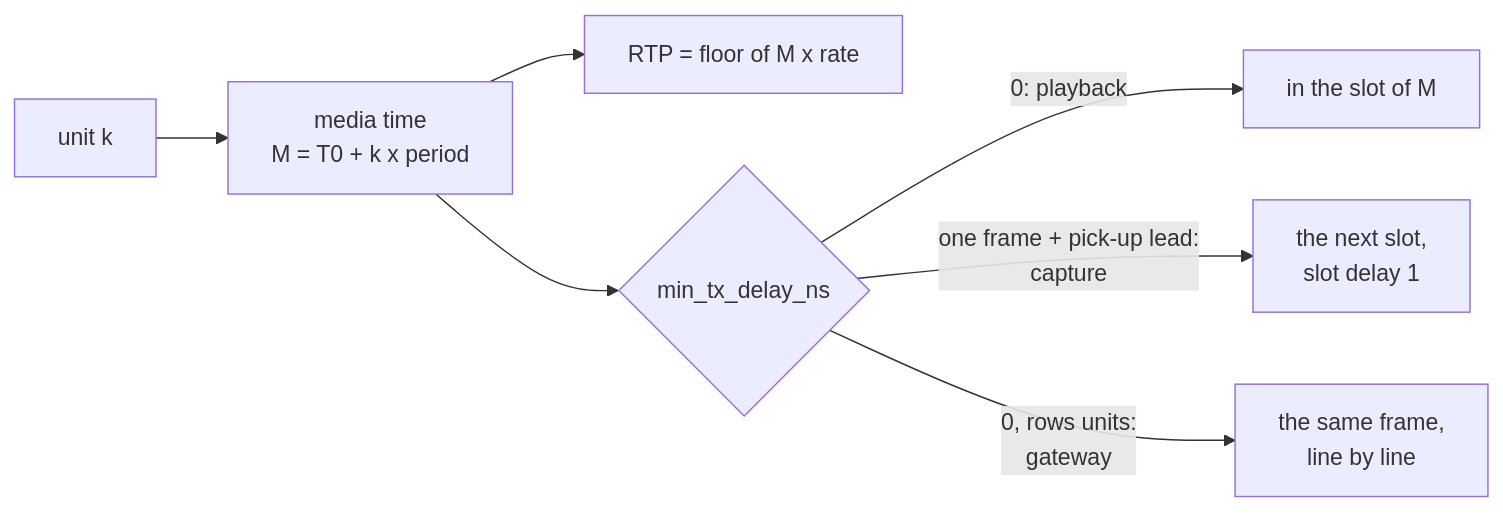
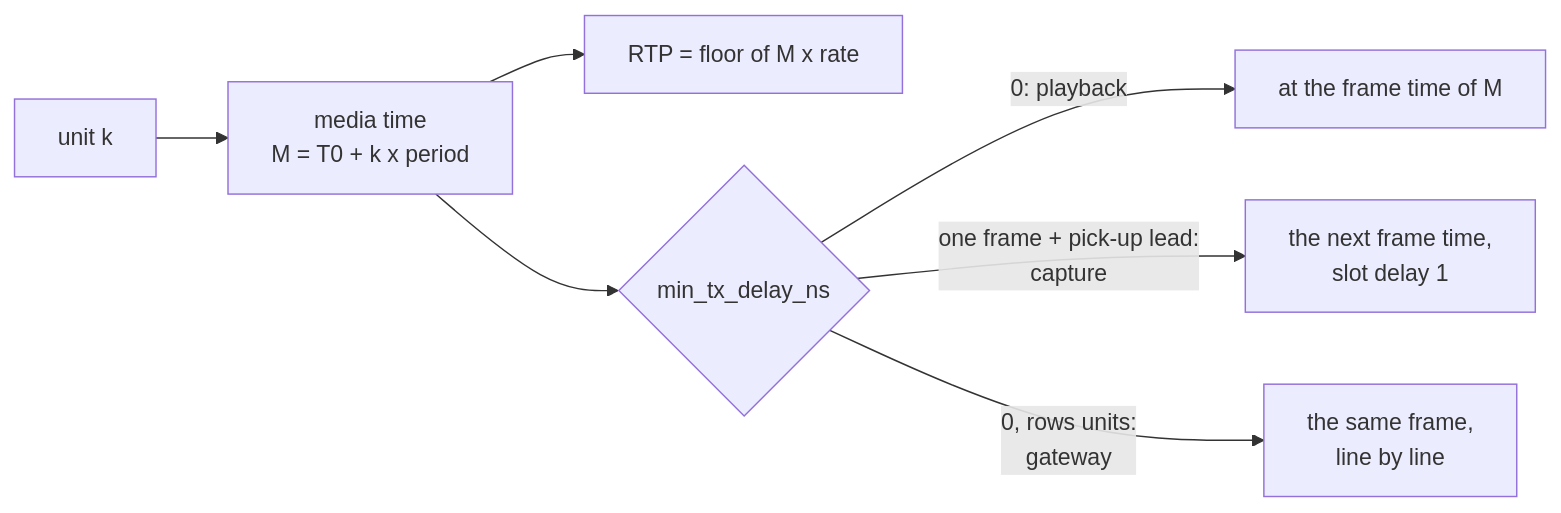
One commit to Sakoram/Media-Transport-Library changed the fifth of 6 diagrams in doc/unified-api/concepts.md. Above: the diagram before and after it, drawn with Mermaid. The commit also changed other lines of this file and 35 other files, not shown here.

````diff
--- a/doc/unified-api/concepts.md
+++ b/doc/unified-api/concepts.md
@@ -583,9 +608,9 @@
 ```mermaid
 flowchart LR
     K["unit k"] --> M["media time<br/>M = T0 + k x period"]
     M --> RTP["RTP = floor of M x rate"]
     M --> D{"min_tx_delay_ns"}
-    D -->|"0: playback"| P["in the slot of M"]
-    D -->|"one frame + pick-up lead:<br/>capture"| C["the next slot,<br/>slot delay 1"]
+    D -->|"0: playback"| P["at the frame time of M"]
+    D -->|"one frame + pick-up lead:<br/>capture"| C["the next frame time,<br/>slot delay 1"]
     D -->|"0, rows units:<br/>gateway"| G["the same frame,<br/>line by line"]
 ```
````
